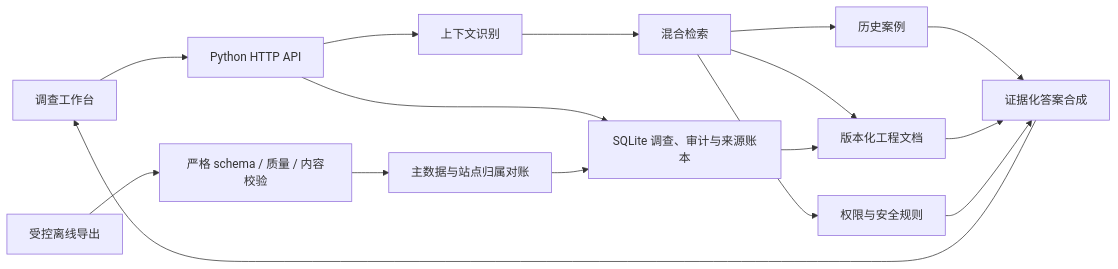
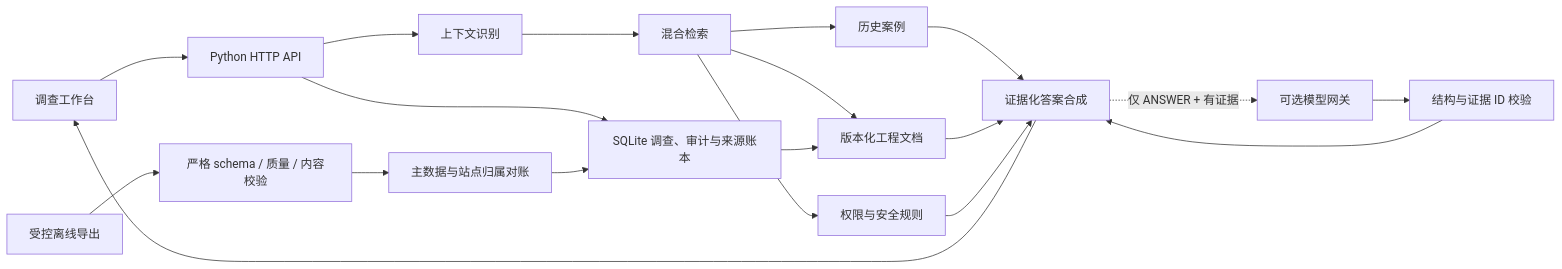
Before and after one commit to wangkeyu-u/seagate-wuxi-rag-poc: the second of 2 diagrams in README.md, drawn with Mermaid. The commit also changed other lines of this file and 14 other files, not shown here.

````diff
--- a/README.md
+++ b/README.md
@@ -131,18 +133,21 @@
 ```mermaid
 flowchart LR
     UI["调查工作台"] --> API["Python HTTP API"]
     API --> CTX["上下文识别"]
     CTX --> RET["混合检索"]
     RET --> CASES["历史案例"]
     RET --> DOCS["版本化工程文档"]
     RET --> RULES["权限与安全规则"]
     CASES --> SYN["证据化答案合成"]
     DOCS --> SYN
     RULES --> SYN
+    SYN -."仅 ANSWER + 有证据".-> LLM["可选模型网关"]
+    LLM --> VERIFY["结构与证据 ID 校验"]
+    VERIFY --> SYN
     SYN --> UI
     API --> DB["SQLite 调查、审计与来源账本"]
     EXPORT["受控离线导出"] --> VALIDATE["严格 schema / 质量 / 内容校验"]
     VALIDATE --> RECON["主数据与站点归属对账"]
     RECON --> DB
     DB --> DOCS
 ```
````
